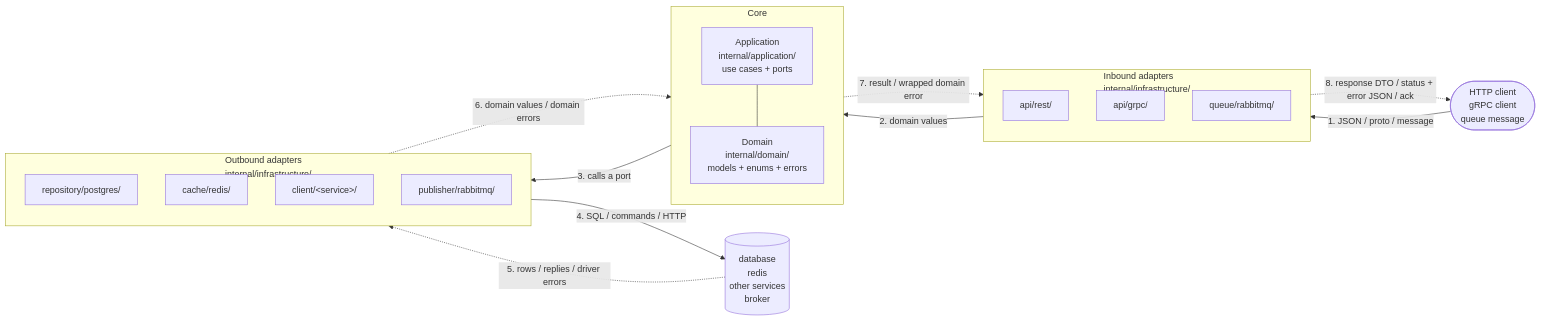
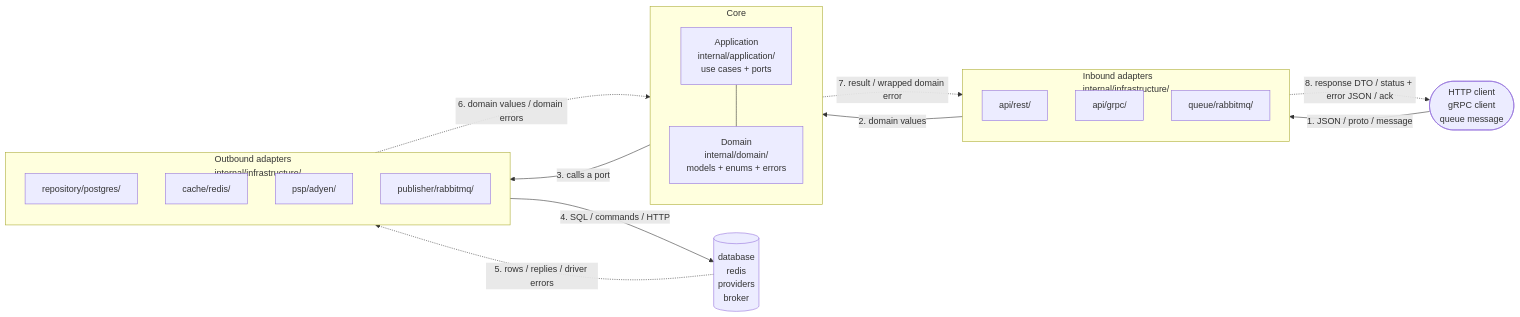
One commit to drew138/.dotfiles changed the diagram in roles/ai/files/skills/go-service/SKILL.md. Above: the diagram before and after it, drawn with Mermaid. The commit also changed other lines of this file and 6 other files, not shown here.

````diff
--- a/roles/ai/files/skills/go-service/SKILL.md
+++ b/roles/ai/files/skills/go-service/SKILL.md
@@ -30,38 +30,38 @@
 ```mermaid
 flowchart LR
     caller(["HTTP client<br/>gRPC client<br/>queue message"])
 
     subgraph inbound["Inbound adapters<br/>internal/infrastructure/"]
         direction TB
         rest["api/rest/"]
         grpc["api/grpc/"]
         consumer["queue/rabbitmq/"]
     end
 
     subgraph core["Core"]
         direction TB
         app["Application<br/>internal/application/<br/>use cases + ports"]
         domain["Domain<br/>internal/domain/<br/>models + enums + errors"]
         app --- domain
     end
 
     subgraph outbound["Outbound adapters<br/>internal/infrastructure/"]
         direction TB
         repo["repository/postgres/"]
         cache["cache/redis/"]
-        client["client/&lt;service&gt;/"]
+        psp["psp/adyen/"]
         pub["publisher/rabbitmq/"]
     end
 
-    world[("database<br/>redis<br/>other services<br/>broker")]
+    world[("database<br/>redis<br/>providers<br/>broker")]
 
     caller -->|"1. JSON / proto / message"| inbound
     inbound -->|"2. domain values"| app
     app -->|"3. calls a port"| outbound
     outbound -->|"4. SQL / commands / HTTP"| world
 
     world -.->|"5. rows / replies / driver errors"| outbound
     outbound -.->|"6. domain values / domain errors"| app
     app -.->|"7. result / wrapped domain error"| inbound
     inbound -.->|"8. response DTO / status + error JSON / ack"| caller
 ```
````
